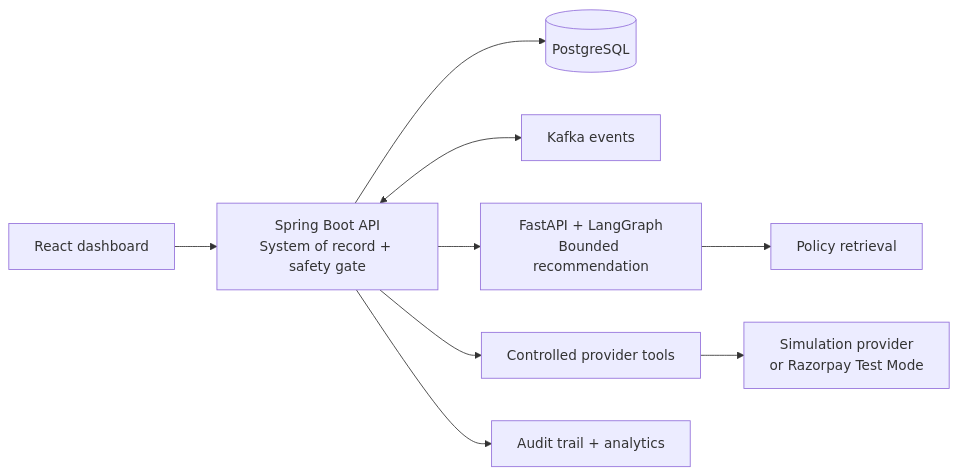
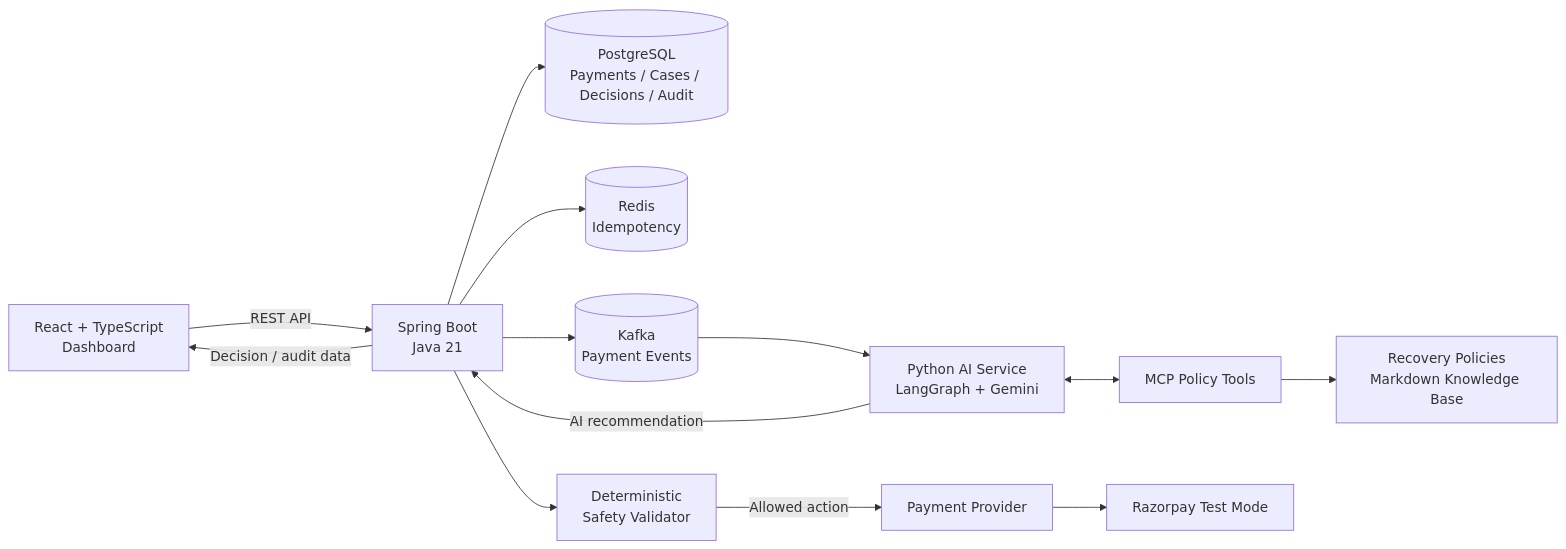
Before and after one commit to Satish-devara/razorrecover-ai-revenue-recovery: the first of 5 diagrams in README.md, drawn with Mermaid. The commit also changed other lines of this file and 2 other files, not shown here.

````diff
--- a/README.md
+++ b/README.md
@@ -17,11 +94,19 @@
 ```mermaid
 flowchart LR
-  UI[React dashboard] --> API[Spring Boot API\nSystem of record + safety gate]
-  API --> DB[(PostgreSQL)]
-  API <--> K[Kafka events]
-  API --> AI[FastAPI + LangGraph\nBounded recommendation]
-  AI --> P[Policy retrieval]
-  API --> T[Controlled provider tools]
-  T --> S[Simulation provider\nor Razorpay Test Mode]
-  API --> A[Audit trail + analytics]
+    UI["React + TypeScript<br/>Dashboard"] -->|REST API| API["Spring Boot<br/>Java 21"]
+
+    API --> DB[("PostgreSQL<br/>Payments / Cases / Decisions / Audit")]
+    API --> REDIS[("Redis<br/>Idempotency")]
+    API --> KAFKA[("Kafka<br/>Payment Events")]
+
+    KAFKA --> AI["Python AI Service<br/>LangGraph + Gemini"]
+    AI <--> MCP["MCP Policy Tools"]
+    MCP --> POL["Recovery Policies<br/>Markdown Knowledge Base"]
+
+    AI -->|AI recommendation| API
+    API --> SAFETY["Deterministic<br/>Safety Validator"]
+    SAFETY -->|Allowed action| PROVIDER["Payment Provider"]
+    PROVIDER --> RZP["Razorpay Test Mode"]
+
+    API -->|Decision / audit data| UI
 ```
````
